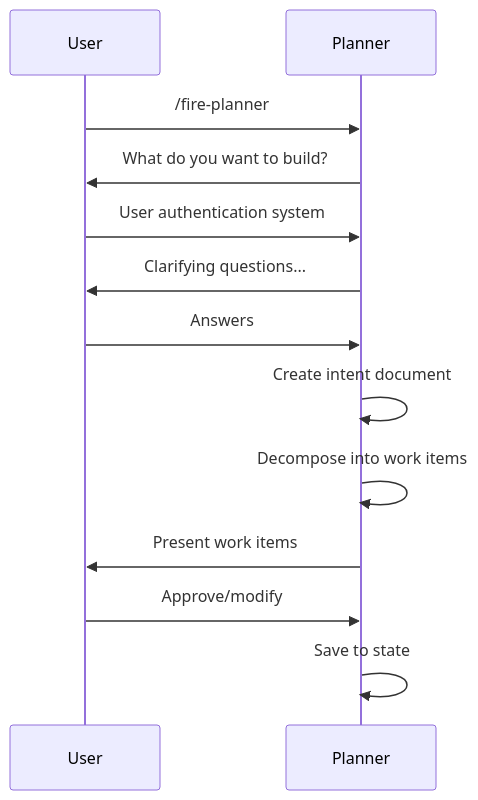
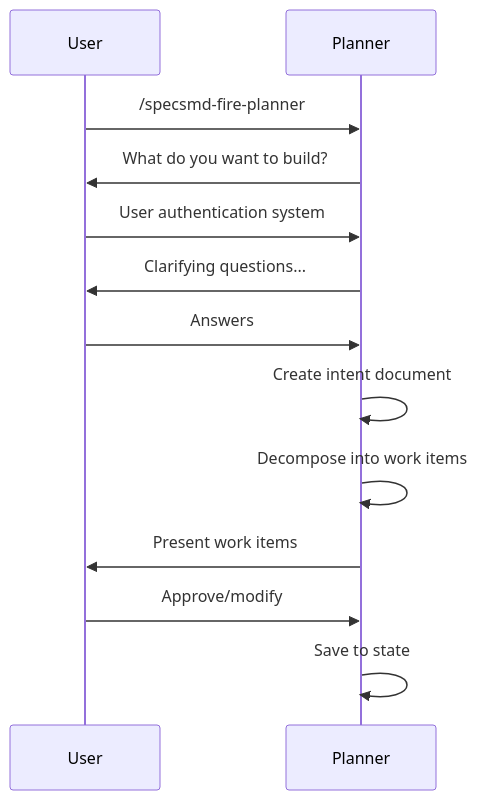
One commit to fabriqaai/specs.md changed the third of 5 diagrams in docs.specs.md/fire-flow/agents.mdx. Above: the diagram before and after it, drawn with Mermaid. The commit also changed other lines of this file and 2 other files, not shown here.

First line of the commit message:
fix: correct FIRE command names to use specsmd- prefix

````diff
--- a/docs.specs.md/fire-flow/agents.mdx
+++ b/docs.specs.md/fire-flow/agents.mdx
@@ -120,16 +120,16 @@
 ```mermaid
 sequenceDiagram
     participant U as User
     participant P as Planner
 
-    U->>P: /fire-planner
+    U->>P: /specsmd-fire-planner
     P->>U: What do you want to build?
     U->>P: User authentication system
     P->>U: Clarifying questions...
     U->>P: Answers
     P->>P: Create intent document
     P->>P: Decompose into work items
     P->>U: Present work items
     U->>P: Approve/modify
     P->>P: Save to state
 ```
````
